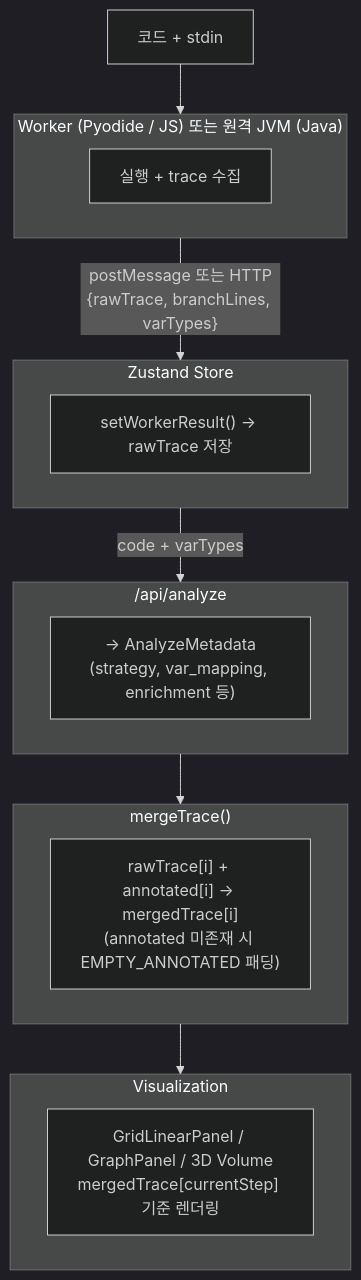
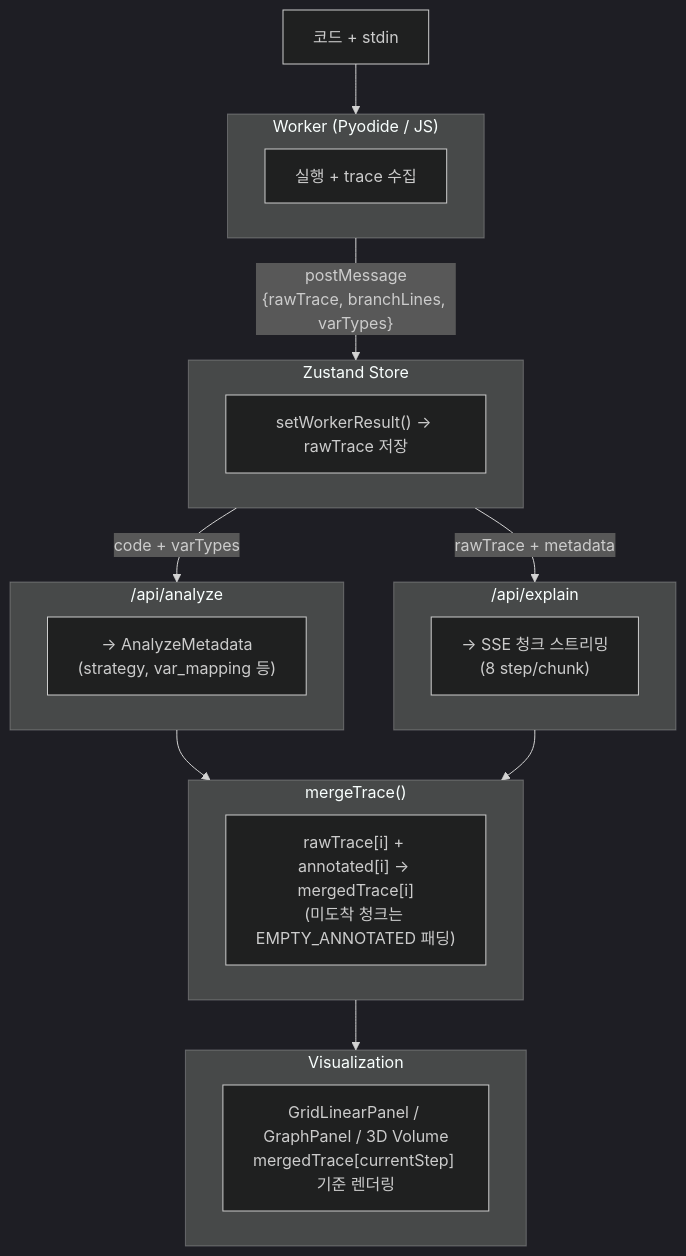
Before and after one commit to ultra-ai-dle/frogger: the diagram in docs/architecture.md, drawn with Mermaid (dark theme). The commit also changed other lines of this file and 24 other files, not shown here.

````diff
--- a/docs/architecture.md
+++ b/docs/architecture.md
@@ -8,32 +8,38 @@
 ```mermaid
 flowchart TD
     Input["코드 + stdin"] --> Worker
 
-    subgraph Worker["Worker (Pyodide / JS) 또는 원격 JVM (Java)"]
+    subgraph Worker["Worker (Pyodide / JS)"]
         W1["실행 + trace 수집"]
     end
 
-    Worker -- "postMessage 또는 HTTP\n{rawTrace, branchLines, varTypes}" --> Store
+    Worker -- "postMessage\n{rawTrace, branchLines, varTypes}" --> Store
 
     subgraph Store["Zustand Store"]
         S1["setWorkerResult() → rawTrace 저장"]
     end
 
     Store -- "code + varTypes" --> Analyze
+    Store -- "rawTrace + metadata" --> Explain
 
     subgraph Analyze["/api/analyze"]
-        A1["→ AnalyzeMetadata\n(strategy, var_mapping, enrichment 등)"]
+        A1["→ AnalyzeMetadata\n(strategy, var_mapping 등)"]
+    end
+
+    subgraph Explain["/api/explain"]
+        E1["→ SSE 청크 스트리밍\n(8 step/chunk)"]
     end
 
     Analyze --> Merge
+    Explain --> Merge
 
     subgraph Merge["mergeTrace()"]
-        M1["rawTrace[i] + annotated[i] → mergedTrace[i]\n(annotated 미존재 시 EMPTY_ANNOTATED 패딩)"]
+        M1["rawTrace[i] + annotated[i] → mergedTrace[i]\n(미도착 청크는 EMPTY_ANNOTATED 패딩)"]
     end
 
     Merge --> Viz
 
     subgraph Viz["Visualization"]
         V1["GridLinearPanel / GraphPanel / 3D Volume\nmergedTrace[currentStep] 기준 렌더링"]
     end
 ```
````
